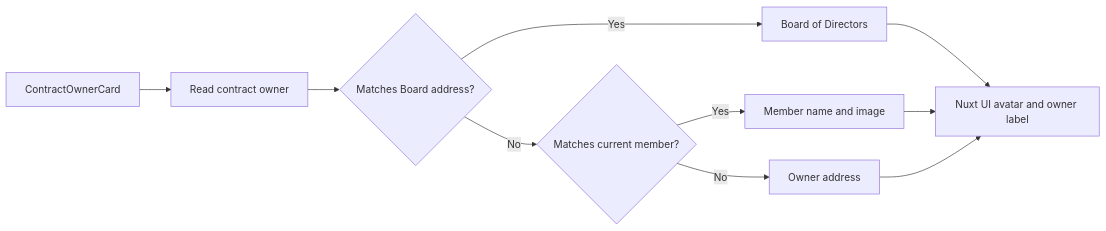
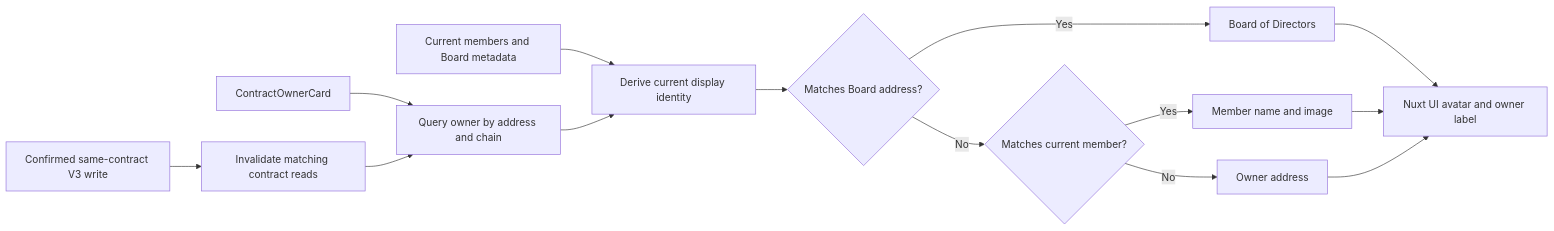
The diagram in docs/implementation/contract-owner-resolution/README.md (globe-and-citizen/cnc-portal), drawn with Mermaid before and after one commit. The commit also changed other lines of this file and 3 other files, not shown here.

Commit message:
docs: 📝 document reactive owner identity and cache recovery

````diff
--- a/docs/implementation/contract-owner-resolution/README.md
+++ b/docs/implementation/contract-owner-resolution/README.md
@@ -17,12 +18,16 @@
 ```mermaid
 flowchart LR
-  card[ContractOwnerCard] --> read[Read contract owner]
-  read --> board{Matches Board address?}
+  card[ContractOwnerCard] --> read[Query owner by address and chain]
+  write[Confirmed same-contract V3 write] --> invalidate[Invalidate matching contract reads]
+  invalidate --> read
+  team[Current members and Board metadata] --> identity[Derive current display identity]
+  read --> identity
+  identity --> board{Matches Board address?}
   board -->|Yes| boardOwner[Board of Directors]
   board -->|No| member{Matches current member?}
   member -->|Yes| memberOwner[Member name and image]
   member -->|No| unknownOwner[Owner address]
   boardOwner --> avatar[Nuxt UI avatar and owner label]
   memberOwner --> avatar
   unknownOwner --> avatar
 ```
````
